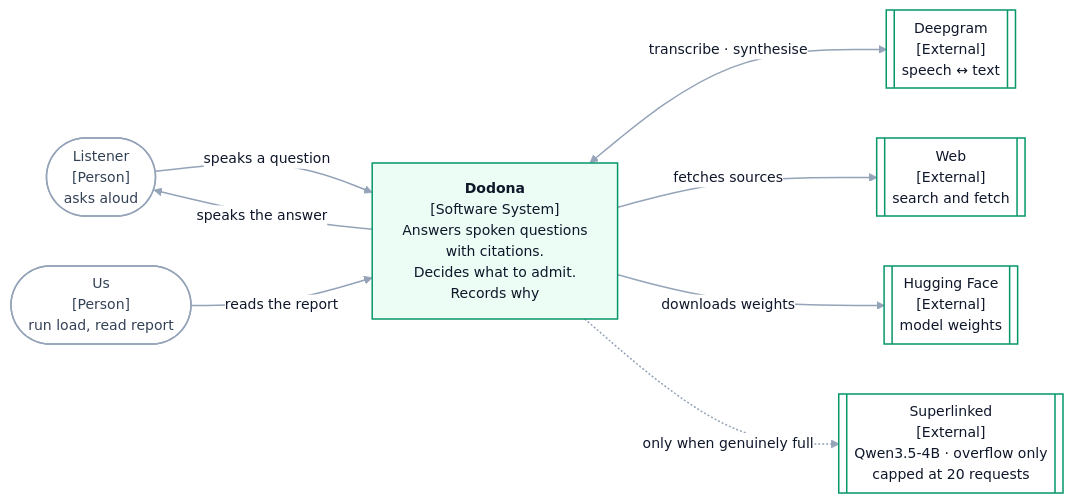
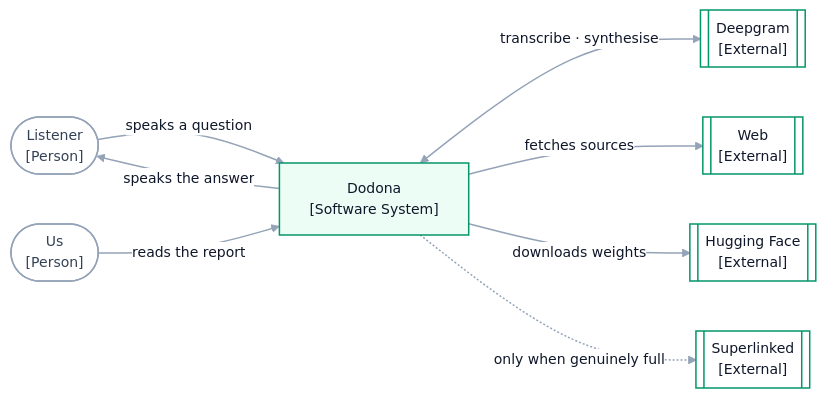
The first of 3 diagrams in PROJECT.md (harshuljain13/Dodona), drawn with Mermaid before and after one commit. The commit also changed other lines of this file and 17 other files, not shown here.

````diff
--- a/PROJECT.md
+++ b/PROJECT.md
@@ -171,49 +171,49 @@
 ```mermaid
 %%{init: {'theme':'base','themeVariables':{
   'fontFamily':'ui-sans-serif, -apple-system, Segoe UI, Inter, Helvetica, Arial, sans-serif','fontSize':'14px',
   'primaryColor':'#ecfdf5','primaryTextColor':'#0f172a','primaryBorderColor':'#059669',
   'secondaryColor':'#f8fafc','tertiaryColor':'#ffffff',
   'lineColor':'#94a3b8','textColor':'#1e293b',
   'clusterBkg':'#ffffff','clusterBorder':'#a7f3d0',
   'edgeLabelBackground':'#ffffff','nodeBorder':'#059669'
 }}}%%
 flowchart LR
-  USER(["Listener<br/>[Person]<br/>asks aloud"])
-  OPERATOR(["Us<br/>[Person]<br/>run load, read report"])
+  USER(["Listener<br/>[Person]"])
+  OPERATOR(["Us<br/>[Person]"])
 
-  SYS["<b>Dodona</b><br/>[Software System]<br/>Answers spoken questions<br/>with citations.<br/>Decides what to admit.<br/>Records why"]
+  SYS["Dodona<br/>[Software System]"]
 
-  DG[["Deepgram<br/>[External]<br/>speech ↔ text"]]
-  WEB[["Web<br/>[External]<br/>search and fetch"]]
-  HF[["Hugging Face<br/>[External]<br/>model weights"]]
-  OVF[["Superlinked<br/>[External]<br/>Qwen3.5-4B · overflow only<br/>capped at 20 requests"]]
+  DG[["Deepgram<br/>[External]"]]
+  WEB[["Web<br/>[External]"]]
+  HF[["Hugging Face<br/>[External]"]]
+  OVF[["Superlinked<br/>[External]"]]
 
   USER -->|"speaks a question"| SYS
   SYS -->|"speaks the answer"| USER
   OPERATOR -->|"reads the report"| SYS
   SYS <-->|"transcribe · synthesise"| DG
   SYS -->|"fetches sources"| WEB
   SYS -->|"downloads weights"| HF
   SYS -.->|"only when genuinely full"| OVF
 
   class USER,OPERATOR input
   class SYS primary
   class DG,WEB,HF,OVF accent
 
     classDef primary   fill:#ecfdf5,stroke:#059669,stroke-width:1.5px,color:#0f172a
     classDef secondary fill:#f0fdf4,stroke:#16a34a,stroke-width:1.5px,color:#0f172a
     classDef accent    fill:#ffffff,stroke:#059669,stroke-width:1.5px,color:#0f172a
     classDef decision  fill:#ffffff,stroke:#047857,stroke-width:2px,color:#065f46
     classDef gate      fill:#ffffff,stroke:#047857,stroke-width:2px,color:#065f46
     classDef data      fill:#f0fdf4,stroke:#16a34a,stroke-width:1.5px,color:#0f172a
     classDef neutral   fill:#f8fafc,stroke:#cbd5e1,stroke-width:1.5px,color:#475569
     classDef success   fill:#d1fae5,stroke:#047857,stroke-width:1.5px,color:#065f46
     classDef out       fill:#d1fae5,stroke:#047857,stroke-width:1.5px,color:#065f46
     classDef input     fill:#ffffff,stroke:#94a3b8,stroke-width:1.5px,color:#334155
     classDef highlight fill:#dcfce7,stroke:#15803d,stroke-width:1.5px,color:#14532d
     classDef pick      fill:#d1fae5,stroke:#047857,stroke-width:2px,color:#064e3b
     classDef alt       fill:#ecfdf5,stroke:#059669,stroke-width:1.5px,color:#0f172a
     classDef dead      fill:#ffffff,stroke:#e2e8f0,stroke-width:1.5px,color:#94a3b8
     classDef note      fill:#ffffff,stroke:#e2e8f0,stroke-width:1px,color:#64748b
     linkStyle default stroke:#94a3b8,stroke-width:1.5px
 ```
````
